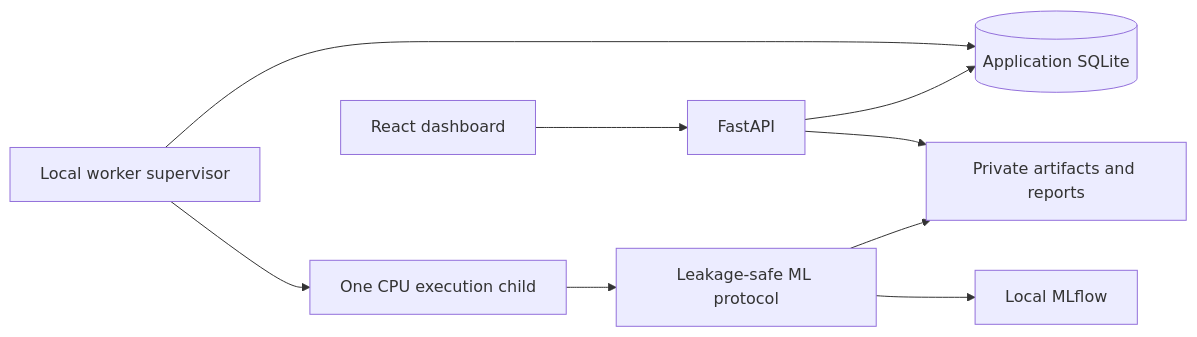
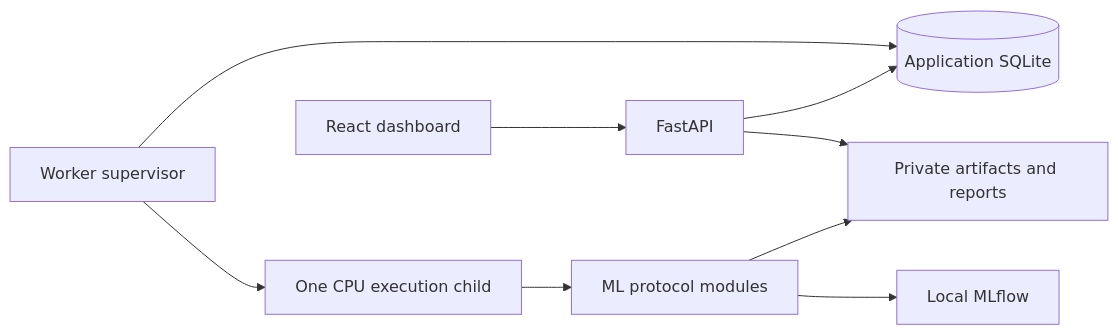
One commit to reshandytaftazani/modelarena changed the diagram in README.md. Above: the diagram before and after it, drawn with Mermaid. The commit also changed other lines of this file, not shown here.

````diff
--- a/README.md
+++ b/README.md
@@ -78,11 +48,11 @@
 ```mermaid
 flowchart LR
-  Browser[React dashboard] --> API[FastAPI]
-  API --> State[(Application SQLite)]
-  Worker[Local worker supervisor] --> State
+  UI[React dashboard] --> API[FastAPI]
+  API --> DB[(Application SQLite)]
+  Worker[Worker supervisor] --> DB
   Worker --> Child[One CPU execution child]
-  Child --> ML[Leakage-safe ML protocol]
+  Child --> ML[ML protocol modules]
   ML --> Tracking[Local MLflow]
-  ML --> Results[Private artifacts and reports]
-  API --> Results
+  ML --> Artifacts[Private artifacts and reports]
+  API --> Artifacts
 ```
````
